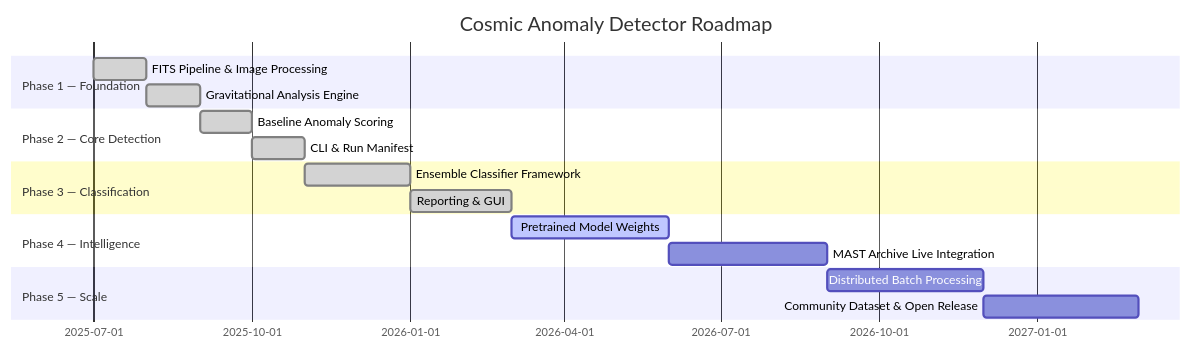
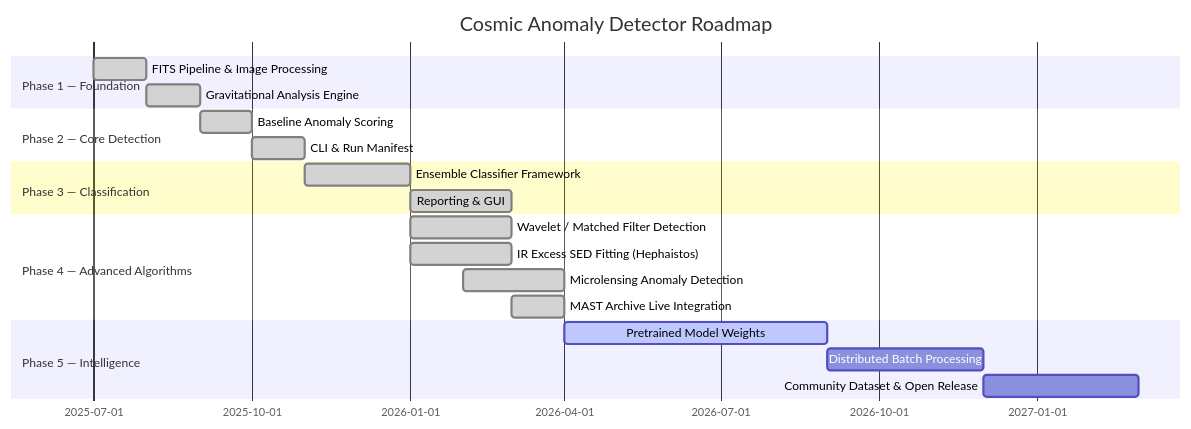
Before and after one commit to hkevin01/cosmic-anomaly-detector: the fourth of 5 diagrams in README.md, drawn with Mermaid. The commit also changed other lines of this file and 2 other files, not shown here.

Commit message:
feat: Implement new detection algorithms and integrate into anomaly detection pipeline; add comprehensive tests for algorithm functionality

````diff
--- a/README.md
+++ b/README.md
@@ -384,20 +523,23 @@
 ```mermaid
 gantt
     title Cosmic Anomaly Detector Roadmap
     dateFormat  YYYY-MM-DD
     section Phase 1 — Foundation
         FITS Pipeline & Image Processing    :done,    p1a, 2025-07-01, 2025-08-01
         Gravitational Analysis Engine       :done,    p1b, 2025-08-01, 2025-09-01
     section Phase 2 — Core Detection
         Baseline Anomaly Scoring            :done,    p2a, 2025-09-01, 2025-10-01
         CLI & Run Manifest                  :done,    p2b, 2025-10-01, 2025-11-01
     section Phase 3 — Classification
         Ensemble Classifier Framework       :done,    p3a, 2025-11-01, 2026-01-01
         Reporting & GUI                     :done,    p3b, 2026-01-01, 2026-03-01
-    section Phase 4 — Intelligence
-        Pretrained Model Weights            :active,  p4a, 2026-03-01, 2026-06-01
-        MAST Archive Live Integration       :         p4b, 2026-06-01, 2026-09-01
-    section Phase 5 — Scale
-        Distributed Batch Processing        :         p5a, 2026-09-01, 2026-12-01
-        Community Dataset & Open Release    :         p5b, 2026-12-01, 2027-03-01
+    section Phase 4 — Advanced Algorithms
+        Wavelet / Matched Filter Detection  :done,    p4a, 2026-01-01, 2026-03-01
+        IR Excess SED Fitting (Hephaistos)  :done,    p4b, 2026-01-01, 2026-03-01
+        Microlensing Anomaly Detection      :done,    p4c, 2026-02-01, 2026-04-01
+        MAST Archive Live Integration       :done,    p4d, 2026-03-01, 2026-04-01
+    section Phase 5 — Intelligence
+        Pretrained Model Weights            :active,  p5a, 2026-04-01, 2026-09-01
+        Distributed Batch Processing        :         p5b, 2026-09-01, 2026-12-01
+        Community Dataset & Open Release    :         p5c, 2026-12-01, 2027-03-01
 ```
````
